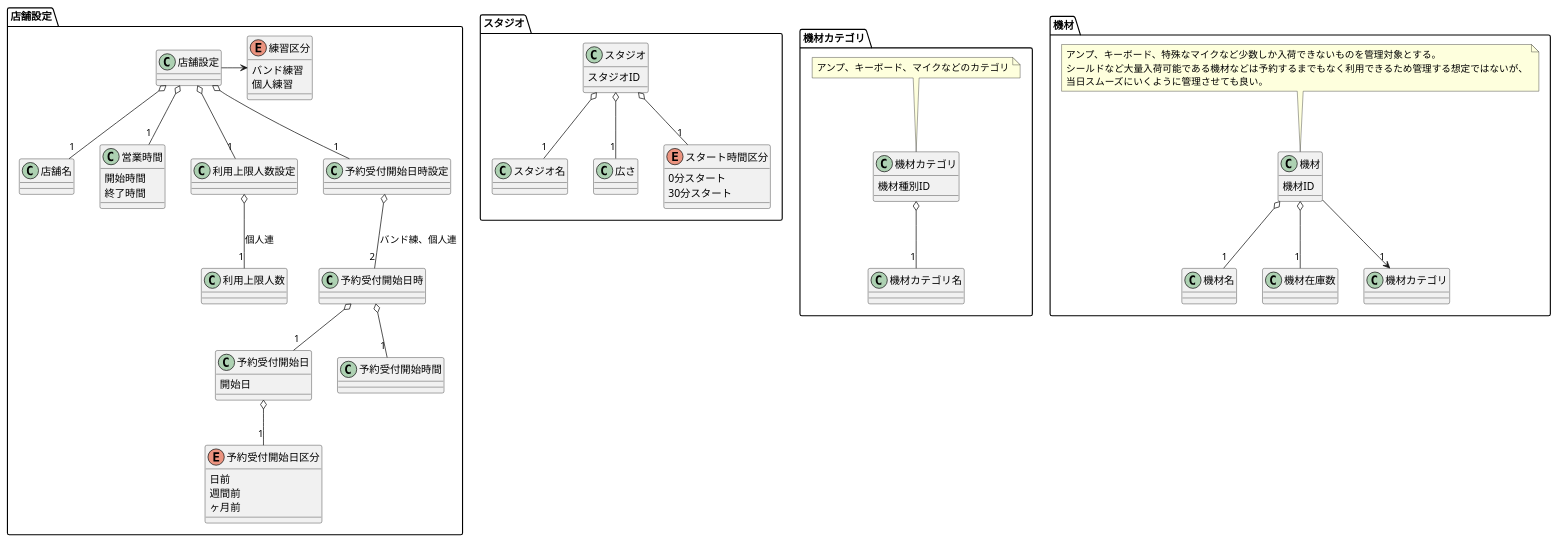
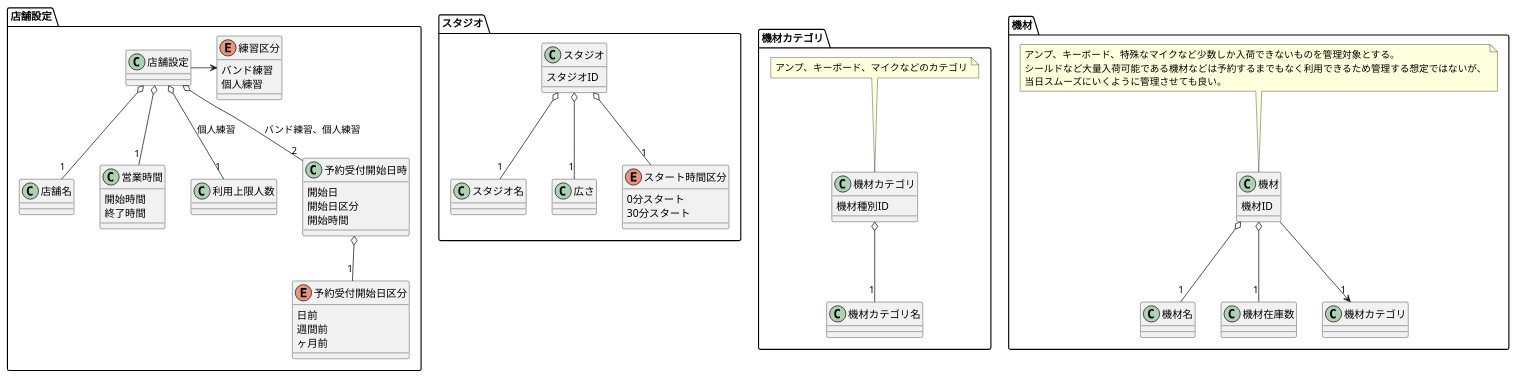
One commit to TakashiOnawa/ddd-practice-studio-reservation changed the diagram in modeling/07_DomainModel_設備管理.pu. Above: the diagram before and after it, drawn with PlantUML. The commit also changed 19 other files, not shown here.

```diff
--- a/modeling/07_DomainModel_設備管理.pu
+++ b/modeling/07_DomainModel_設備管理.pu
@@ -1,94 +1,87 @@
 @startuml DomainModel
 
 package 店舗設定 {
     class 店舗設定
     
     class 店舗名
 
     class 営業時間 {
         開始時間
         終了時間
     }
 
     enum 練習区分 {
         バンド練習
         個人練習
     }
     
-    class 利用上限人数設定
     class 利用上限人数
-    利用上限人数設定 o-- "1" 利用上限人数 : 個人連
 
-    class 予約受付開始日時設定
-    class 予約受付開始日時
-    class 予約受付開始日 {
+    class 予約受付開始日時 {
         開始日
+        開始日区分
+        開始時間
     }
     enum 予約受付開始日区分 {
         日前
         週間前
         ヶ月前
     }
-    予約受付開始日時設定 o-- "2" 予約受付開始日時 : バンド練、個人連
-    予約受付開始日 o-- "1" 予約受付開始日区分
-
-    class 予約受付開始時間
-    予約受付開始日時 o-- "1" 予約受付開始日
-    予約受付開始日時 o-- "1" 予約受付開始時間
+    予約受付開始日時 o-- "1" 予約受付開始日区分
 
     店舗設定 o-- "1" 店舗名
     店舗設定 o-- "1" 営業時間
-    店舗設定 o-- "1" 予約受付開始日時設定
-    店舗設定 o-- "1" 利用上限人数設定
+    店舗設定 o-- "2" 予約受付開始日時 : バンド練習、個人練習
+    店舗設定 o-- "1" 利用上限人数 : 個人練習
     店舗設定 -> 練習区分
 }
 
 package スタジオ {
     class スタジオ {
         スタジオID
     }
 
     class スタジオ名
     class 広さ
 
     enum スタート時間区分 {
         0分スタート
         30分スタート
     }
 
     スタジオ o-- "1" スタジオ名
     スタジオ o-- "1" 広さ
     スタジオ o-- "1" スタート時間区分
 }
 
 package 機材カテゴリ {
     class 機材カテゴリ {
         機材種別ID
     }
     class 機材カテゴリ名
     機材カテゴリ o-- "1" 機材カテゴリ名
 
     note top of 機材カテゴリ
     アンプ、キーボード、マイクなどのカテゴリ
     end note
 }
 
 package 機材 {
     class 機材 {
         機材ID
     }
     class 機材名
     class 機材在庫数
     
     機材 --> "1" 機材カテゴリ
     機材 o-- "1" 機材名
     機材 o-- "1" 機材在庫数
 
     note top of 機材
     アンプ、キーボード、特殊なマイクなど少数しか入荷できないものを管理対象とする。
     シールドなど大量入荷可能である機材などは予約するまでもなく利用できるため管理する想定ではないが、
     当日スムーズにいくように管理させても良い。
     end note
 }
 
 @enduml
```
